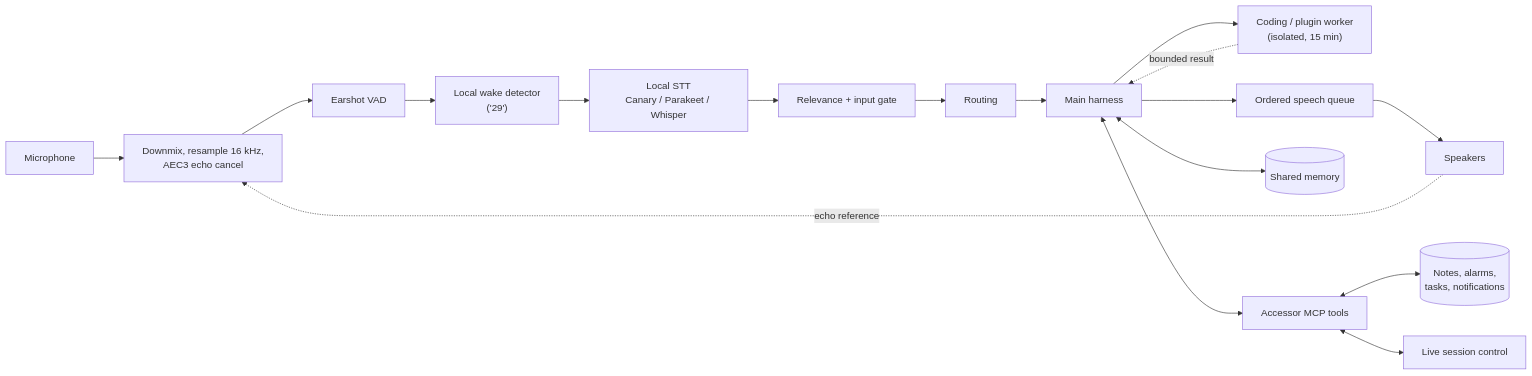
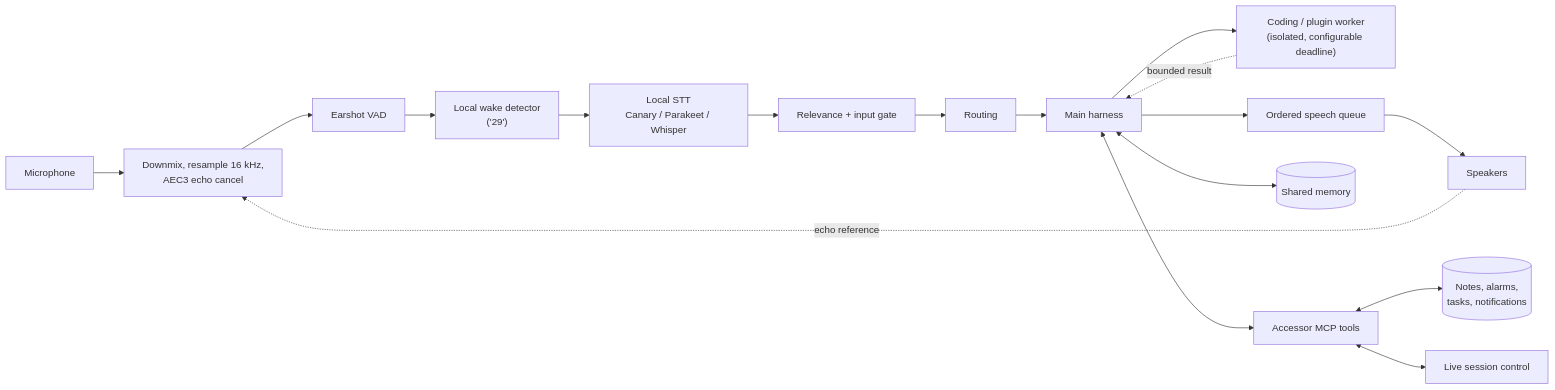
The first of 6 diagrams in docs/architecture.md (T-Lind/accessor), drawn with Mermaid before and after one commit. The commit also changed other lines of this file and 45 other files, not shown here.

````diff
--- a/docs/architecture.md
+++ b/docs/architecture.md
@@ -22,20 +22,20 @@
 ```mermaid
 flowchart LR
   mic["Microphone"] --> dsp["Downmix, resample 16 kHz,<br/>AEC3 echo cancel"]
   dsp --> vad["Earshot VAD"]
   vad --> wake["Local wake detector<br/>('29')"]
   wake --> stt["Local STT<br/>Canary / Parakeet / Whisper"]
   stt --> gate["Relevance + input gate"]
   gate --> router["Routing"]
   router --> main["Main harness"]
-  main --> worker["Coding / plugin worker<br/>(isolated, 15 min)"]
+  main --> worker["Coding / plugin worker<br/>(isolated, configurable deadline)"]
   worker -. "bounded result" .-> main
   main --> ttsq["Ordered speech queue"]
   ttsq --> spk["Speakers"]
   spk -. "echo reference" .-> dsp
 
   main <--> mem[("Shared memory")]
   main <--> mcp["Accessor MCP tools"]
   mcp <--> org[("Notes, alarms,<br/>tasks, notifications")]
   mcp <--> live["Live session control"]
 ```
````
